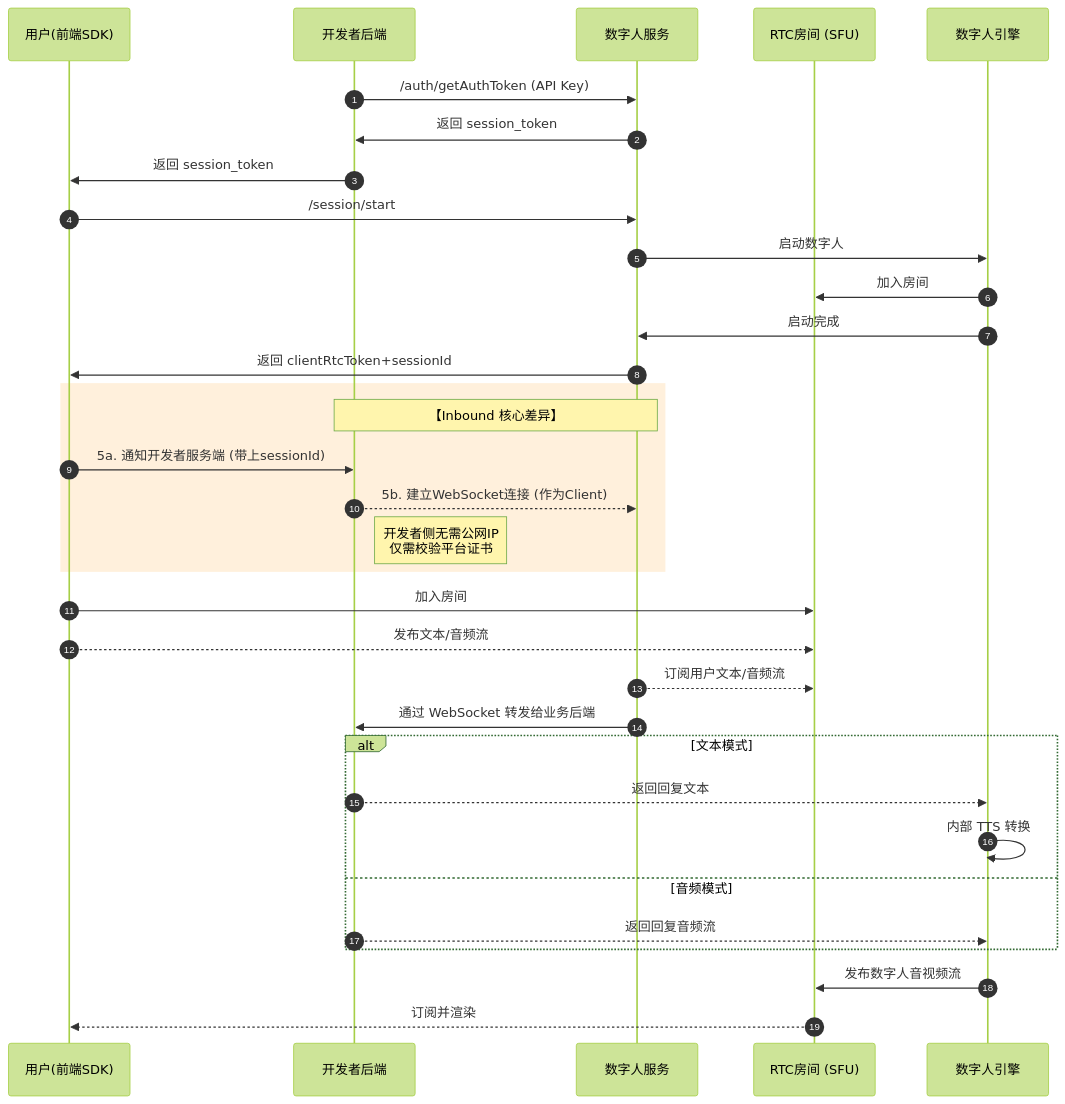
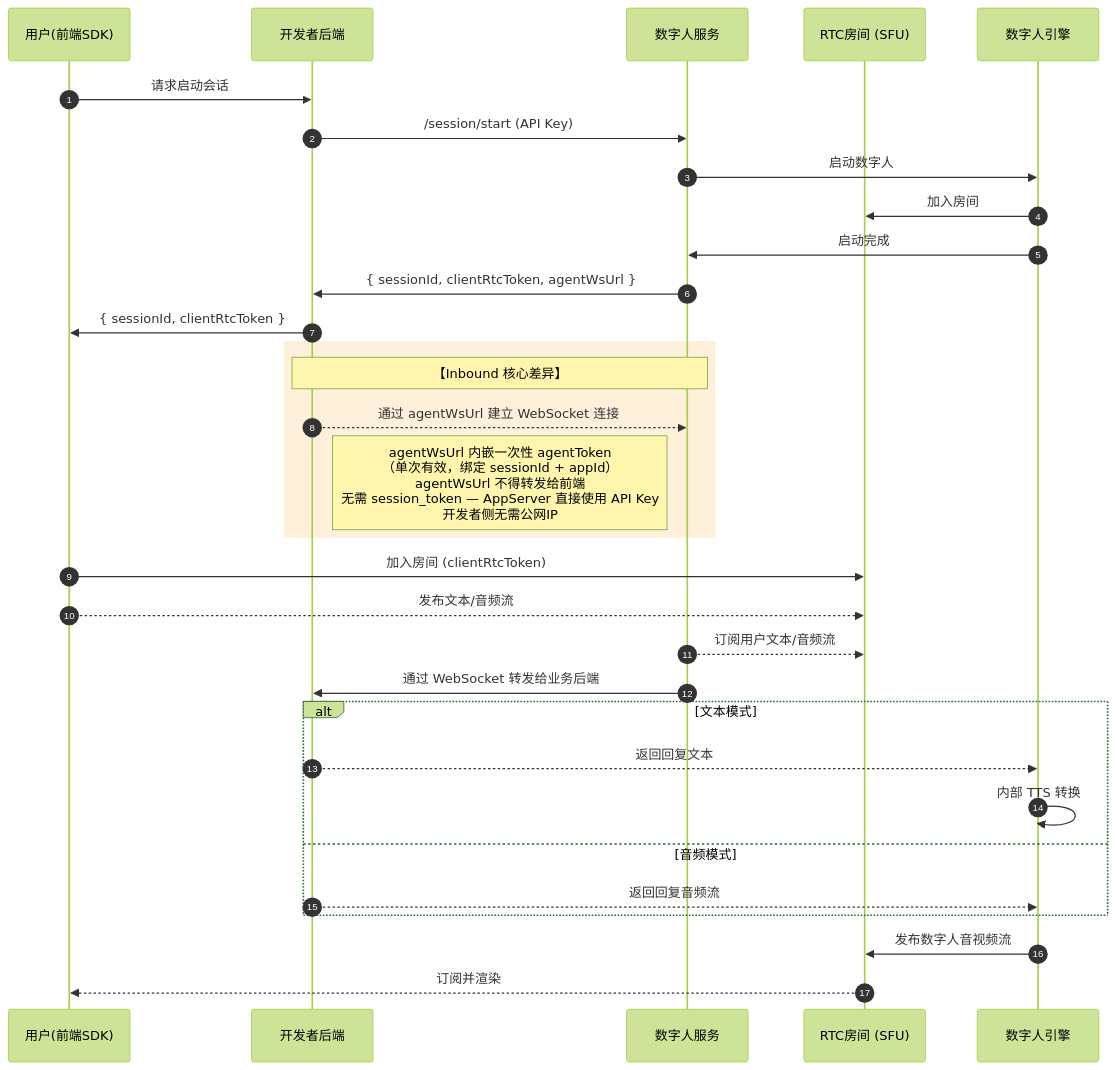
The first of 3 diagrams in PROTOCOL.zh.md (newportAI-lab/liveavatar-channel-python), drawn with Mermaid (forest theme) before and after one commit. The commit also changed other lines of this file and 7 other files, not shown here.

````diff
--- a/PROTOCOL.zh.md
+++ b/PROTOCOL.zh.md
@@ -83,47 +83,44 @@
 ```mermaid
 sequenceDiagram
     autonumber
     participant User as 用户(前端SDK)
     participant AppServer as 开发者后端
     participant Platform as 数字人服务
     participant RTC as RTC房间 (SFU)
     participant Avatar as 数字人引擎
 
-    %% 1. 鉴权与初始化
-    AppServer->>Platform: /auth/getAuthToken (API Key)
-    Platform->>AppServer: 返回 session_token
-    AppServer->>User: 返回 session_token
-
-    User->>Platform: /session/start
+    %% 1. 会话启动（服务端，API Key 鉴权）
+    User->>AppServer: 请求启动会话
+    AppServer->>Platform: /session/start (API Key)
     Platform->>Avatar: 启动数字人
     Avatar->>RTC: 加入房间
     Avatar->>Platform: 启动完成
-    Platform->>User: 返回 clientRtcToken+sessionId
+    Platform->>AppServer: { sessionId, clientRtcToken, agentWsUrl }
+    AppServer->>User: { sessionId, clientRtcToken }
 
     %% 核心差异高亮：Inbound 模式下的连接发起
     rect rgb(255, 240, 220)
     Note over AppServer, Platform: 【Inbound 核心差异】
-    User->>AppServer: 5a. 通知开发者服务端 (带上sessionId)
-    AppServer-->>Platform: 5b. 建立WebSocket连接 (作为Client)
-    Note right of AppServer: 开发者侧无需公网IP<br/>仅需校验平台证书
+    AppServer-->>Platform: 通过 agentWsUrl 建立 WebSocket 连接
+    Note right of AppServer: agentWsUrl 内嵌一次性 agentToken<br/>（单次有效，绑定 sessionId + appId）<br/>agentWsUrl 不得转发给前端<br/>无需 session_token — AppServer 直接使用 API Key<br/>开发者侧无需公网IP
     end
 
     %% 2. RTC 链路建立
-    User->>RTC: 加入房间
+    User->>RTC: 加入房间 (clientRtcToken)
     User-->>RTC: 发布文本/音频流
 
     %% 3. 核心业务循环
     Platform-->>RTC: 订阅用户文本/音频流
     Platform->>AppServer: 通过 WebSocket 转发给业务后端
 
     alt 文本模式
         AppServer-->>Avatar: 返回回复文本
         Avatar->>Avatar: 内部 TTS 转换
     else 音频模式
         AppServer-->>Avatar: 返回回复音频流
     end
 
     %% 4. 数字人反馈
     Avatar->>RTC: 发布数字人音视频流
     RTC-->>User: 订阅并渲染
 ```
````
